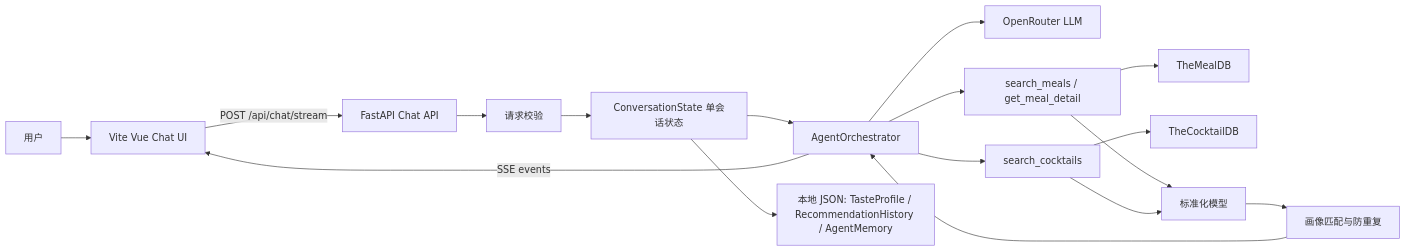
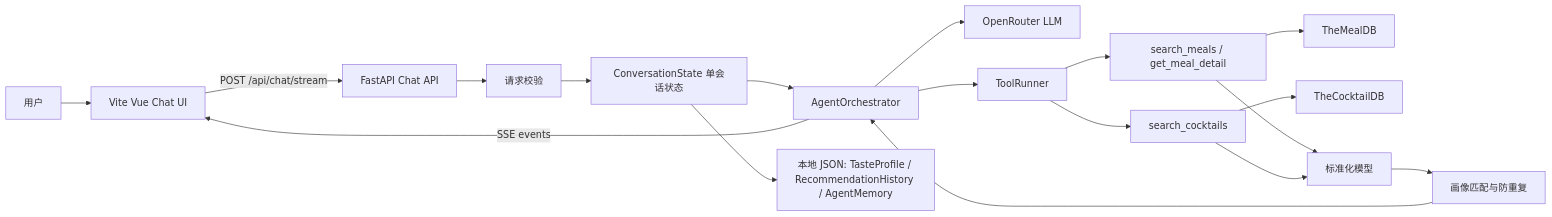
The diagram in 智能食谱助手技术设计.md (Bisezhoo/no_starving), drawn with Mermaid before and after one commit. The commit also changed other lines of this file and 32 other files, not shown here.

````diff
--- a/智能食谱助手技术设计.md
+++ b/智能食谱助手技术设计.md
@@ -45,19 +47,20 @@
 ```mermaid
 flowchart LR
   User["用户"] --> UI["Vite Vue Chat UI"]
   UI -->|POST /api/chat/stream| API["FastAPI Chat API"]
   API --> Validator["请求校验"]
   Validator --> State["ConversationState 单会话状态"]
   State --> Agent["AgentOrchestrator"]
   Agent --> OpenRouter["OpenRouter LLM"]
-  Agent --> MealTool["search_meals / get_meal_detail"]
-  Agent --> CocktailTool["search_cocktails"]
+  Agent --> ToolRunner["ToolRunner"]
+  ToolRunner --> MealTool["search_meals / get_meal_detail"]
+  ToolRunner --> CocktailTool["search_cocktails"]
   MealTool --> MealDB["TheMealDB"]
   CocktailTool --> CocktailDB["TheCocktailDB"]
   MealTool --> Normalize["标准化模型"]
   CocktailTool --> Normalize
   Normalize --> Recommend["画像匹配与防重复"]
   Recommend --> Agent
   Agent -->|SSE events| UI
   State --> Store["本地 JSON: TasteProfile / RecommendationHistory / AgentMemory"]
 ```
````
